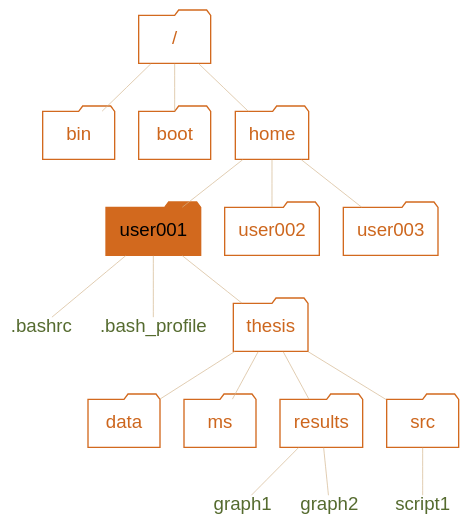
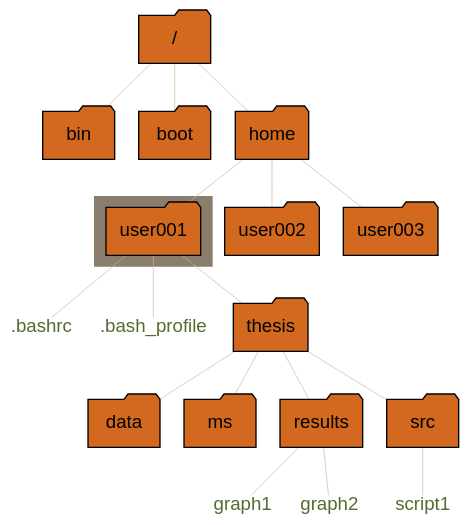
The diagram in bash/filesystem.qmd (WestDRI/arc-training), drawn with Graphviz before and after one commit. The commit also changed 4 other files, not shown here.

Commit message:
improve graphviz filesystem graph

````diff
--- a/bash/filesystem.qmd
+++ b/bash/filesystem.qmd
@@ -129,24 +129,30 @@
 ```{dot}
 //| echo: false
 
 strict graph {
   bgcolor="transparent"
-  node [color=chocolate, fontcolor=chocolate3, shape=folder, fontname="Inconsolata, sans-serif"]
+  node [style=filled, fillcolor=chocolate, shape=folder, fontname="Inconsolata, sans-serif"]
   edge [color=tan, penwidth=0.5]
+  outputorder=edgesfirst
   
-  ".bashrc" [shape=plain, fontcolor=darkolivegreen]
-  ".bash_profile" [shape=plain, fontcolor=darkolivegreen]
-  graph1 [shape=plain, fontcolor=darkolivegreen]
-  graph2 [shape=plain, fontcolor=darkolivegreen]
-  script1 [shape=plain, fontcolor=darkolivegreen]
+  ".bashrc" [style="", shape=plain, fontcolor=darkolivegreen]
+  ".bash_profile" [style="", shape=plain, fontcolor=darkolivegreen]
+  graph1 [style="", shape=plain, fontcolor=darkolivegreen]
+  graph2 [style="", shape=plain, fontcolor=darkolivegreen]
+  script1 [style="", shape=plain, fontcolor=darkolivegreen]
 
-  user001 [style=filled, fillcolor=chocolate, fontcolor=black]
-  
+  subgraph cluster {
+	style=filled
+	fillcolor=bisque4
+	color=bisque4
+	user001
+  }
+
   "/" -- {bin boot home}
   home -- {user001 user002 user003}
   user001 -- {".bashrc" ".bash_profile" thesis}
   thesis -- {data ms results src}
   results -- {graph1 graph2}
   src -- script1
 }
 ```
````
